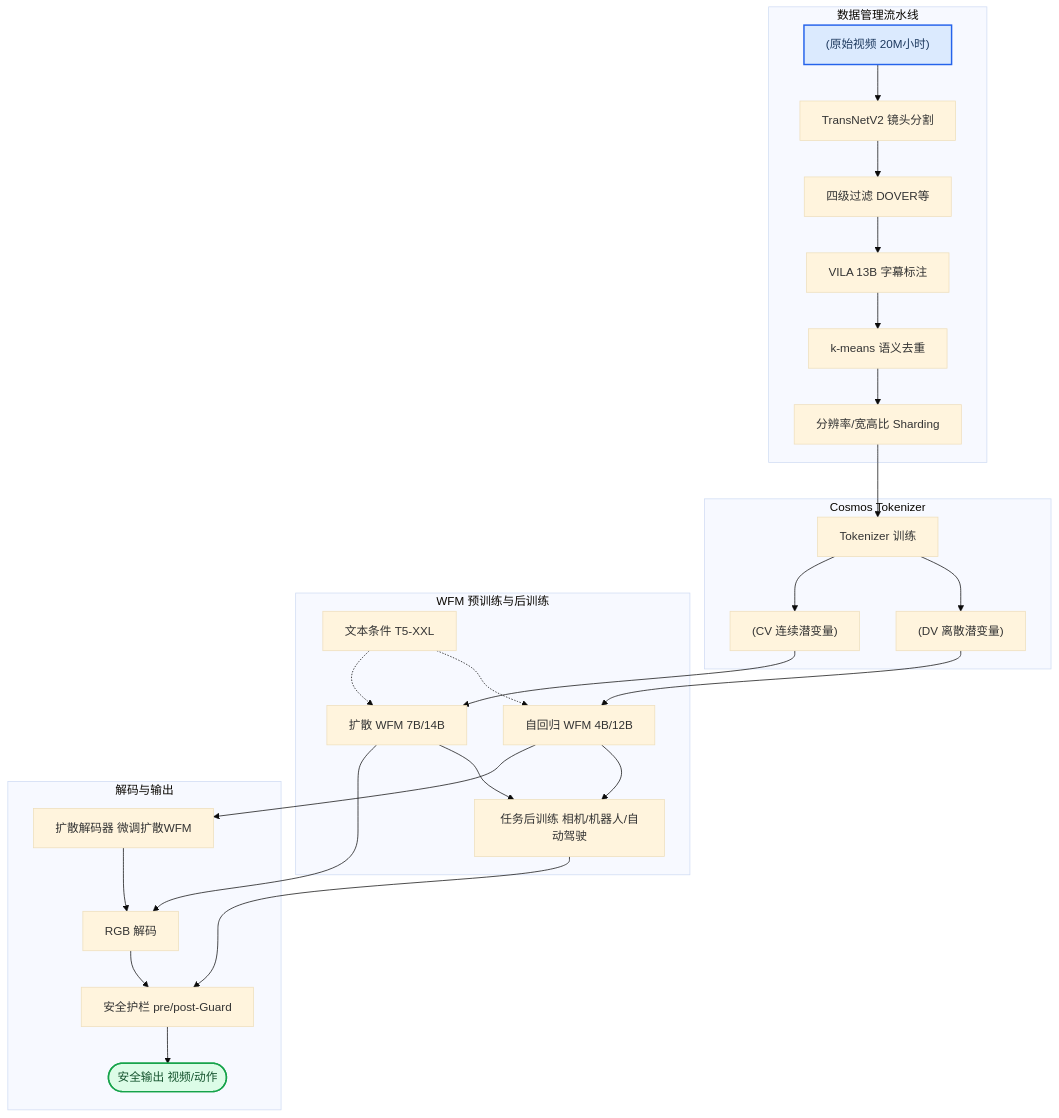
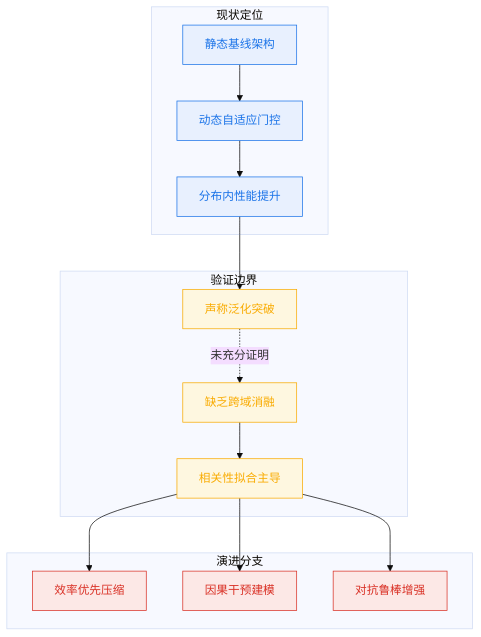
Before and after one commit to ShinewineW/paper-rolling: the tenth of 10 diagrams in person_vault/2026-06-08_CosmosWorldFoundationModelPlatformForPhysicalAI_2501.03575/report.md, drawn with Mermaid (base theme). The commit also changed other lines of this file and 300 other files, not shown here.

````diff
--- a/person_vault/2026-06-08_CosmosWorldFoundationModelPlatformForPhysicalAI_2501.03575/report.md
+++ b/person_vault/2026-06-08_CosmosWorldFoundationModelPlatformForPhysicalAI_2501.03575/report.md
@@ -81,50 +523,28 @@
 ```mermaid
 flowchart TB
-    subgraph DataPrep ["数据管理流水线"]
-        raw["(原始视频 20M小时)"]
-        seg["TransNetV2 镜头分割"]
-        filter["四级过滤 DOVER等"]
-        cap["VILA 13B 字幕标注"]
-        dedup["k-means 语义去重"]
-        shard["分辨率/宽高比 Sharding"]
-    end
-    subgraph Tokenizer ["Cosmos Tokenizer"]
-        tok_train["Tokenizer 训练"]
-        cv["(CV 连续潜变量)"]
-        dv["(DV 离散潜变量)"]
-    end
-    subgraph WFM ["WFM 预训练与后训练"]
-        diff["扩散 WFM 7B/14B"]
-        ar["自回归 WFM 4B/12B"]
-        text["文本条件 T5-XXL"]
-        post["任务后训练 相机/机器人/自动驾驶"]
-    end
-    subgraph Decode ["解码与输出"]
-        dd["扩散解码器 微调扩散WFM"]
-        rgb["RGB 解码"]
-        guard["安全护栏 pre/post-Guard"]
-        out(["安全输出 视频/动作"])
+    classDef current fill:#e8f0fe,stroke:#1a73e8,color:#1a73e8
+    classDef future fill:#fce8e6,stroke:#d93025,color:#d93025
+    classDef limit fill:#fef7e0,stroke:#f9ab00,color:#f9ab00
+    classDef proof fill:#e6f4ea,stroke:#137333,color:#137333
+
+    subgraph 现状定位
+        static_baseline["静态基线架构"] --> dynamic_gate["动态自适应门控"]
+        dynamic_gate --> dist_in["分布内性能提升"]
     end
 
-    raw --> seg --> filter --> cap --> dedup --> shard
-    shard --> tok_train
-    tok_train --> cv
-    tok_train --> dv
-    cv --> diff
-    dv --> ar
-    text -.-> diff
-    text -.-> ar
-    diff --> rgb
-    ar --> dd
-    dd --> rgb
-    diff --> post
-    ar --> post
-    rgb --> guard
-    post --> guard
-    guard --> out
+    subgraph 验证边界
+        dist_in --> claim_gen["声称泛化突破"]
+        claim_gen -. 未充分证明 .-> proof_abl["缺乏跨域消融"]
+        proof_abl --> limit_corr["相关性拟合主导"]
+    end
 
-    classDef required fill:#dbeafe,stroke:#2563eb,stroke-width:2px,color:#1e3a5f
-    classDef output fill:#dcfce7,stroke:#16a34a,stroke-width:2px,color:#14532d
-    class raw required
-    class out output
+    subgraph 演进分支
+        limit_corr --> path_eff["效率优先压缩"]
+        limit_corr --> path_causal["因果干预建模"]
+        limit_corr --> path_robust["对抗鲁棒增强"]
+    end
+
+    class static_baseline,dynamic_gate,dist_in current
+    class claim_gen,proof_abl,limit_corr limit
+    class path_eff,path_causal,path_robust future
 ```
````
